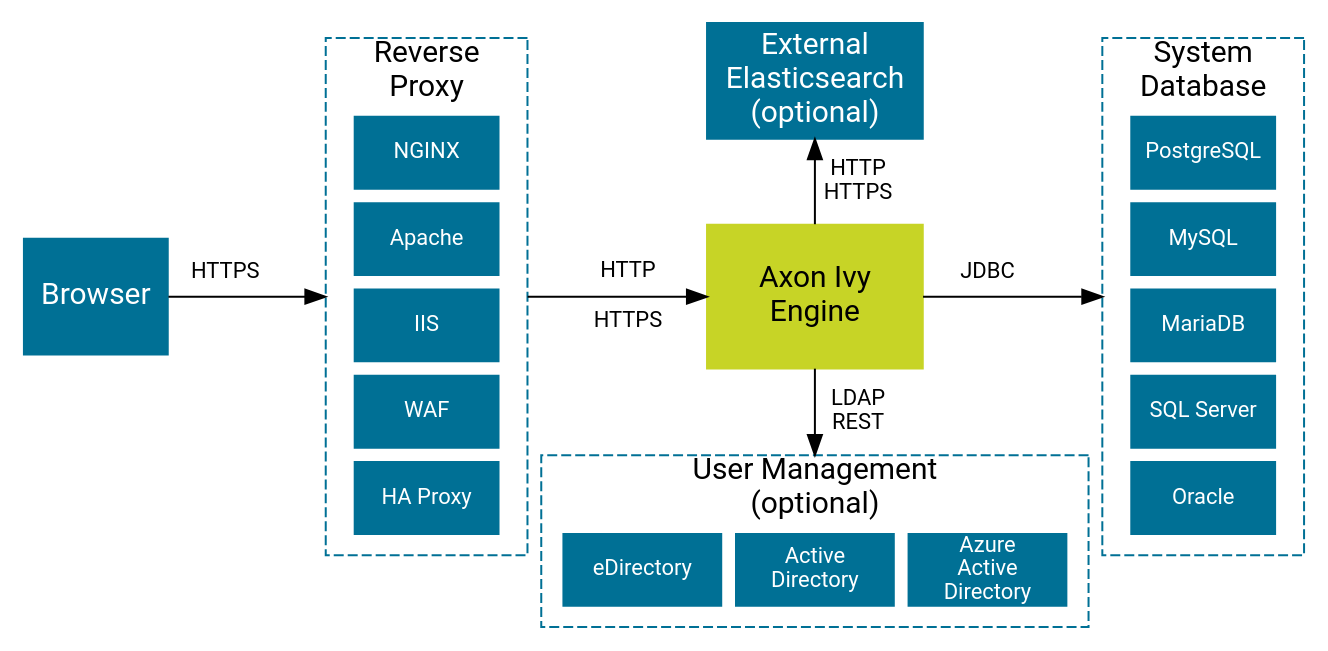
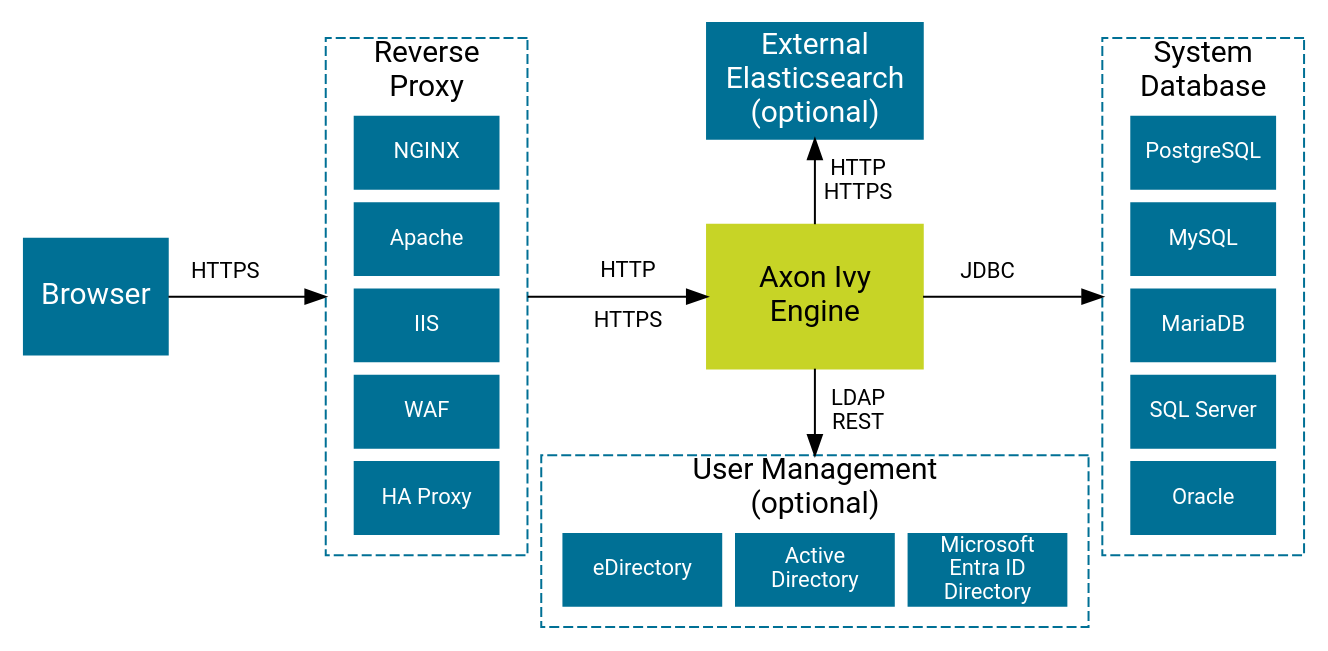
The diagram in source/engine-guide/integration/overview.dot (bernhardAxonIvy/doc), drawn with Graphviz before and after one commit. The commit also changed 4 other files, not shown here.

Commit message:
XIVY-12994 Rename more to microsoft entra id

```diff
--- a/source/engine-guide/integration/overview.dot
+++ b/source/engine-guide/integration/overview.dot
@@ -1,48 +1,48 @@
 digraph overview {
   layout=neato;
   
   node [shape=box, height="0.8", width="2", color="#007095", style=filled, fixedsize="true", margin=0, 
         fontname="Roboto,Helvetica Neue,Arial,sans-serif", fontcolor="white", fontsize=15
        ]; 
   
   /* nodes */
   browser         [ label="Browser",                    pos="0.4,2.5!", width="1"];
 
   reverseProxy    [label="Reverse\nProxy",              pos="2.7,2.5!", height="3.6", width="1.4", style="dashed", fontcolor="black", labelloc="t"];
   frontendNginx   [label="NGINX",                       pos="2.7,3.5!", height="0.5", width="1.0", fontsize=11];
   frontendApache  [label="Apache",                      pos="2.7,2.9!", height="0.5", width="1.0", fontsize=11];
   frontendIIS     [label="IIS",                         pos="2.7,2.3!", height="0.5", width="1.0", fontsize=11];
   frontendWAF     [label="WAF",                         pos="2.7,1.7!", height="0.5", width="1.0", fontsize=11];
   frontendHA      [label="HA Proxy",                    pos="2.7,1.1!", height="0.5", width="1.0", fontsize=11];
  
   engine          [label="Axon Ivy\nEngine",            pos="5.4,2.5!", height="1.0", width="1.5", color="#C7D426", fontcolor="black"];
   
   userManagement  [label="User Management\n(optional)", pos="5.4,0.8!", height="1.2", width="3.8" style="dashed" fontcolor="black" labelloc="t"];
   eDirectory      [label="eDirectory",                  pos="4.2,0.6!", height="0.5", width="1.1", fontsize=11];
   activeDirectory [label="Active\nDirectory",           pos="5.4,0.6!", height="0.5", width="1.1", fontsize=11];
-  azureAD         [label="Azure\nActive\nDirectory",    pos="6.6,0.6!", height="0.5", width="1.1", fontsize=11];
+  entraID         [label="Microsoft\nEntra ID\nDirectory",    pos="6.6,0.6!", height="0.5", width="1.1", fontsize=11];
 
   systemdb        [label="System\nDatabase",            pos="8.1,2.5!", height="3.6", width="1.4", style="dashed" fontcolor="black" labelloc="t"]
   postgres        [label="PostgreSQL",                  pos="8.1,3.5!", height="0.5", width="1.0", fontsize=11]
   mysql           [label="MySQL",                       pos="8.1,2.9!", height="0.5", width="1.0", fontsize=11]
   mariadb         [label="MariaDB",                     pos="8.1,2.3!", height="0.5", width="1.0", fontsize=11]
   mssql           [label="SQL Server",                  pos="8.1,1.7!", height="0.5", width="1.0", fontsize=11]
   oracle          [label="Oracle",                      pos="8.1,1.1!", height="0.5", width="1.0", fontsize=11]
 
   elasticsearch [ label="External\nElasticsearch\n(optional)", pos="5.4,4.0!", height="0.8" width="1.5"]
 
   /* edges */
   browser -> reverseProxy;
   reverseProxy -> engine;
   engine -> userManagement;
   engine -> systemdb;
   engine -> elasticsearch;
 
    /* edge labels */  
   browser_reverseProxy [ label="HTTPS\n \n ",  pos = "1.3,2.5!", shape=none, fillcolor=none, fontcolor=black, fontsize=11];
   reverseProxy_engine [ label="HTTP\n\nHTTPS", pos = "4.1,2.5!", shape=none, fillcolor=none, fontcolor=black, fontsize=11];
   engine_userManagement [ label="LDAP\nREST",  pos = "5.7,1.7!", shape=none, fillcolor=none, fontcolor=black, fontsize=11];
   engine_systemdb [ label="JDBC\n \n ",        pos = "6.6,2.5!", shape=none, fillcolor=none, fontcolor=black, fontsize=11];
   engine_elasticsearch [label="HTTP\nHTTPS",   pos = "5.7,3.3!", shape=none, fillcolor=none, fontcolor=black, fontsize=11];
   
 }
```
